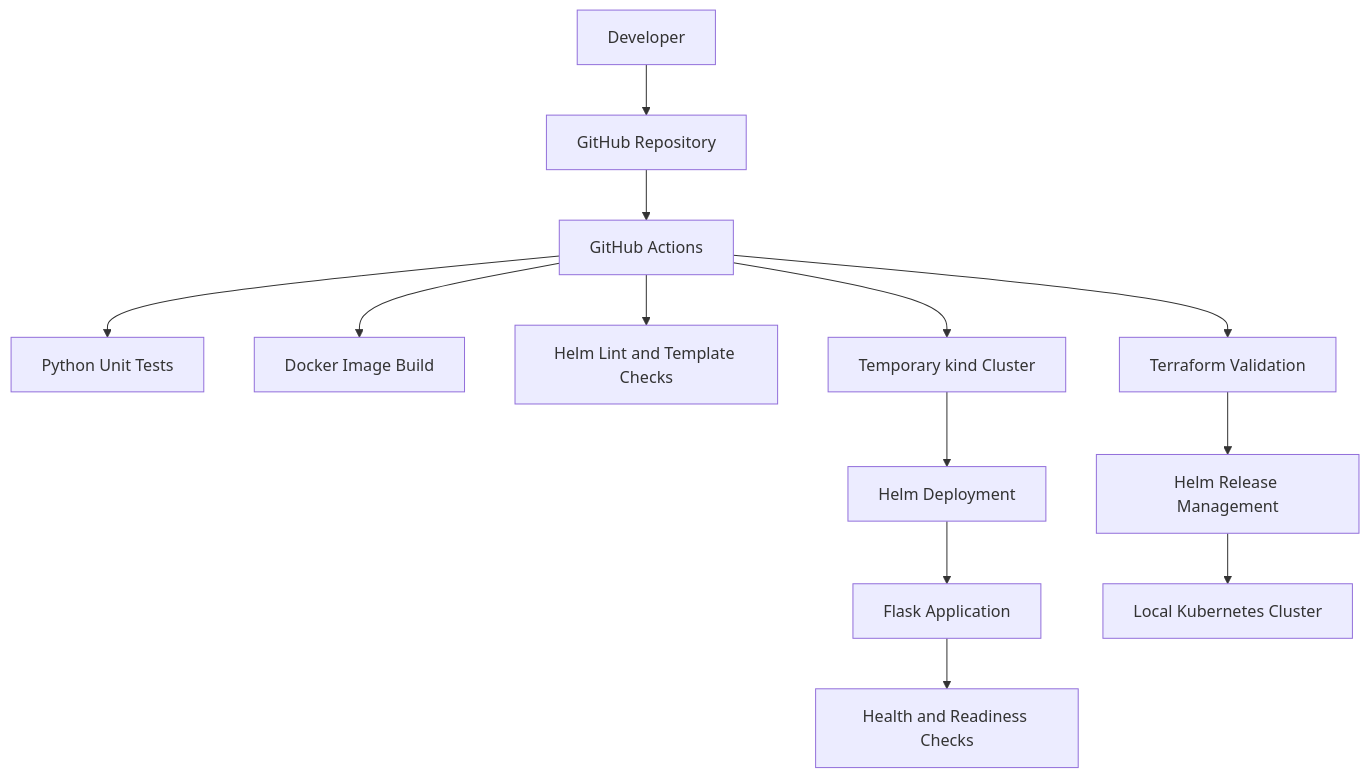
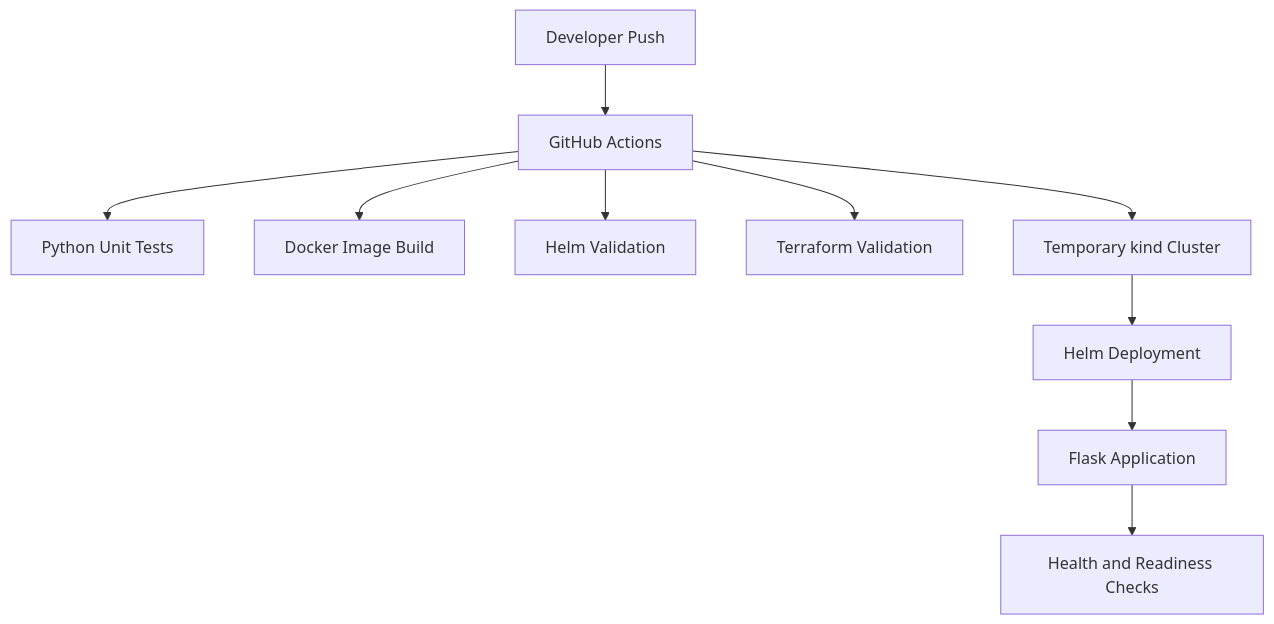
One commit to vinaykumar0710/iac-kubernetes-platform changed the diagram in README.md. Above: the diagram before and after it, drawn with Mermaid. The commit also changed other lines of this file, not shown here.

Commit message:
Polish README formatting and architecture diagram

````diff
--- a/README.md
+++ b/README.md
@@ -13,29 +4,12 @@
 ```mermaid
-
 flowchart TD
-
-    DEV[Developer] --> GIT[GitHub Repository]
-
-    GIT --> CI[GitHub Actions]
-
-    CI --> TEST[Python Unit Tests]
-
-    CI --> DOCKER[Docker Image Build]
-
-    CI --> HELM[Helm Lint and Template Checks]
-
-    CI --> TF[Terraform Validation]
-
-    CI --> KIND[Temporary kind Cluster]
-
-    KIND --> DEPLOY[Helm Deployment]
-
-    DEPLOY --> APP[Flask Application]
-
-    APP --> HEALTH[Health and Readiness Checks]
-
-    TF --> RELEASE[Helm Release Management]
-
-    RELEASE --> K8S[Local Kubernetes Cluster]
-
+    A[Developer Push] --> B[GitHub Actions]
+    B --> C[Python Unit Tests]
+    B --> D[Docker Image Build]
+    B --> E[Helm Validation]
+    B --> F[Terraform Validation]
+    B --> G[Temporary kind Cluster]
+    G --> H[Helm Deployment]
+    H --> I[Flask Application]
+    I --> J[Health and Readiness Checks]
 ```
````
